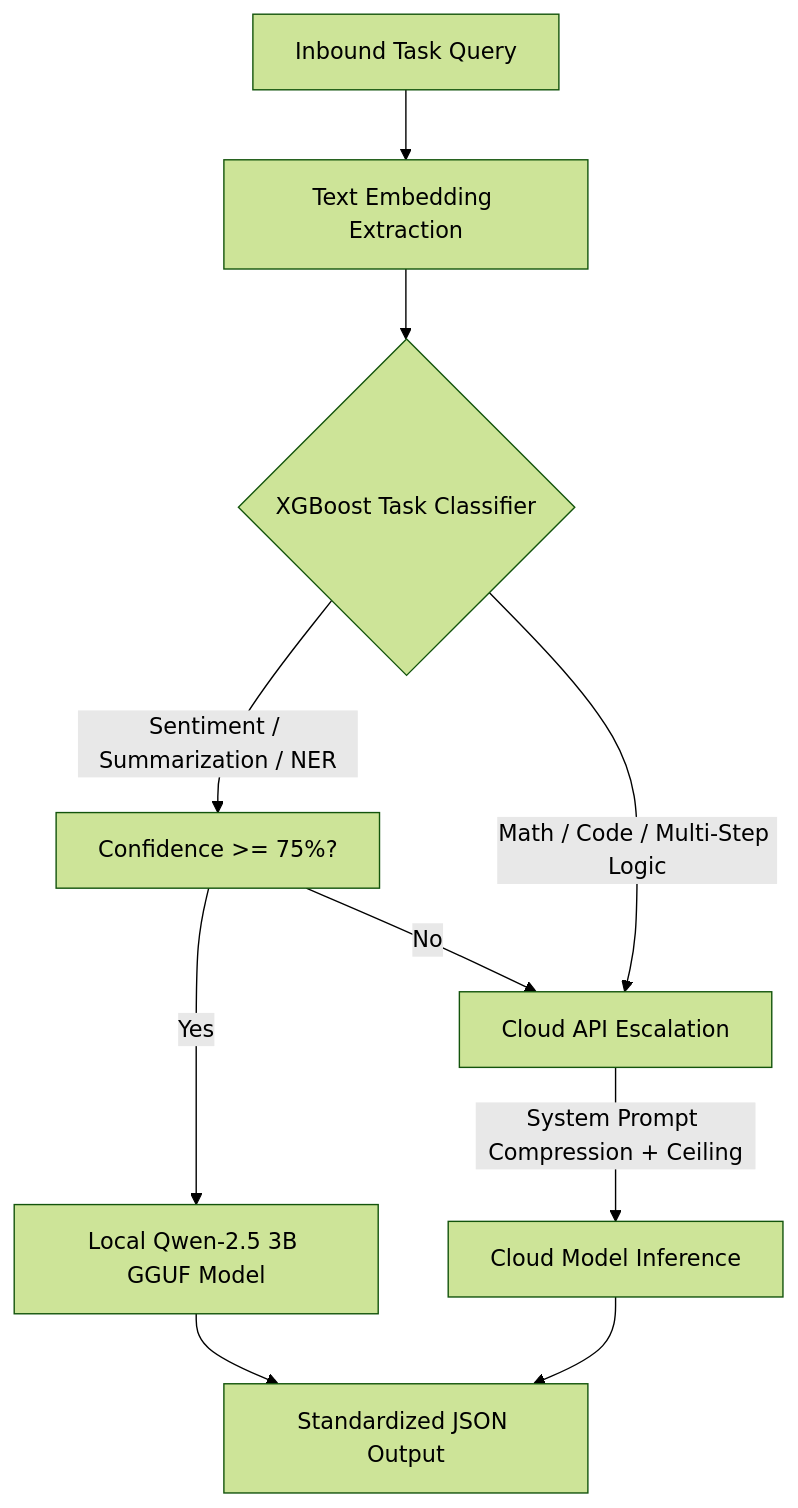
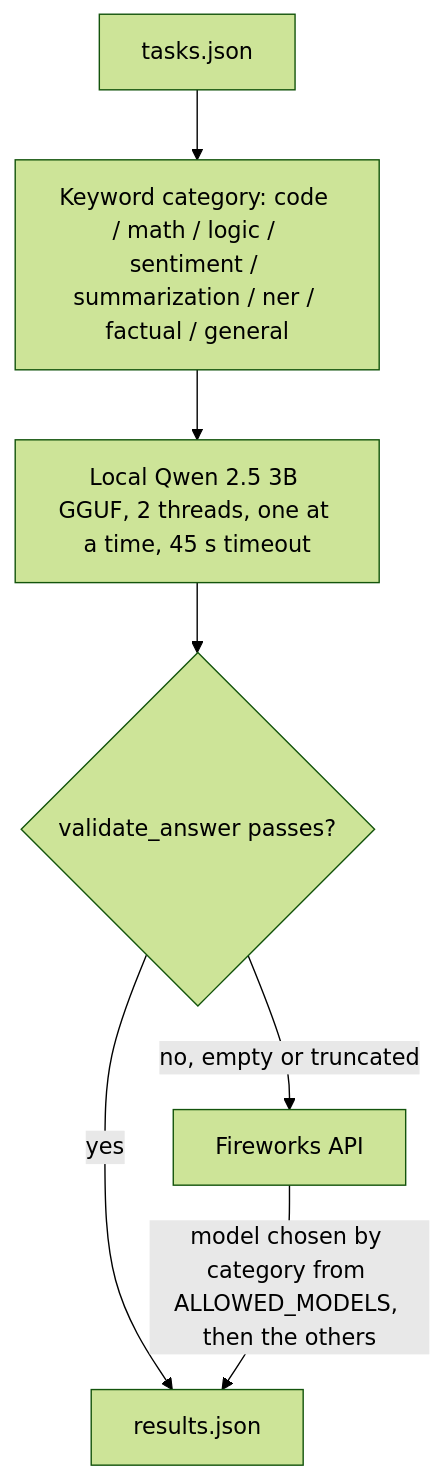
The diagram in README.md (HamzaKhanBUIC/amd-developer-hackathon-track1), drawn with Mermaid (forest theme) before and after one commit. The commit also changed other lines of this file and 2 other files, not shown here.

````diff
--- a/README.md
+++ b/README.md
@@ -23,15 +12,9 @@
 ```mermaid
 graph TD
-    A[Inbound Task Query] --> B[Text Embedding Extraction]
-    B --> C{XGBoost Task Classifier}
-    
-    C -->|Sentiment / Summarization / NER| D[Confidence >= 75%?]
-    D -->|Yes| E[Local Qwen-2.5 3B GGUF Model]
-    D -->|No| F[Cloud API Escalation]
-    
-    C -->|Math / Code / Multi-Step Logic| F
-    
-    E --> G[Standardized JSON Output]
-    F -->|System Prompt Compression + Ceiling| H[Cloud Model Inference]
-    H --> G
+    A[tasks.json] --> B[Keyword category: code / math / logic / sentiment / summarization / ner / factual / general]
+    B --> C[Local Qwen 2.5 3B GGUF, 2 threads, one at a time, 45 s timeout]
+    C --> D{validate_answer passes?}
+    D -->|yes| G[results.json]
+    D -->|no, empty or truncated| E[Fireworks API]
+    E -->|model chosen by category from ALLOWED_MODELS, then the others| G
 ```
````
